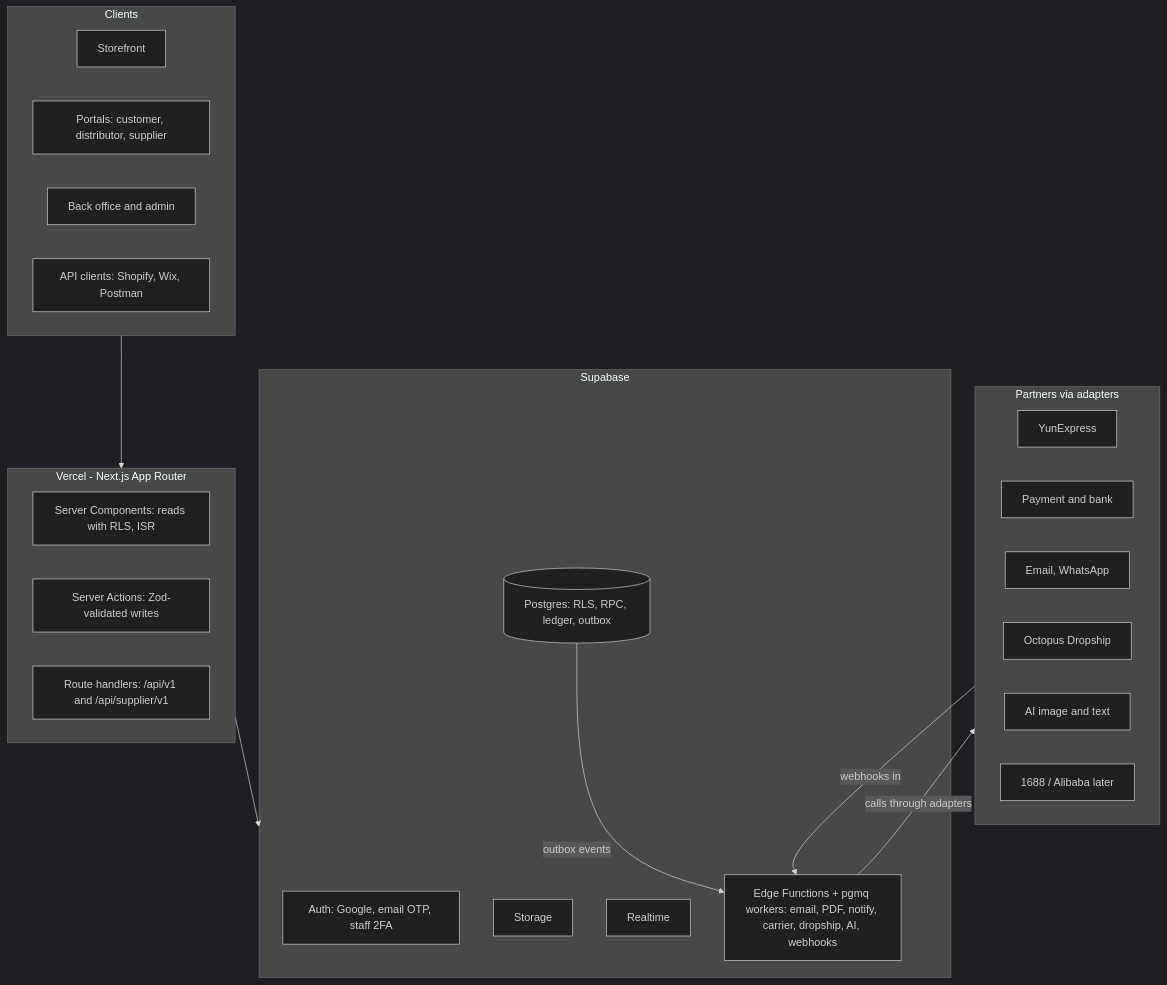
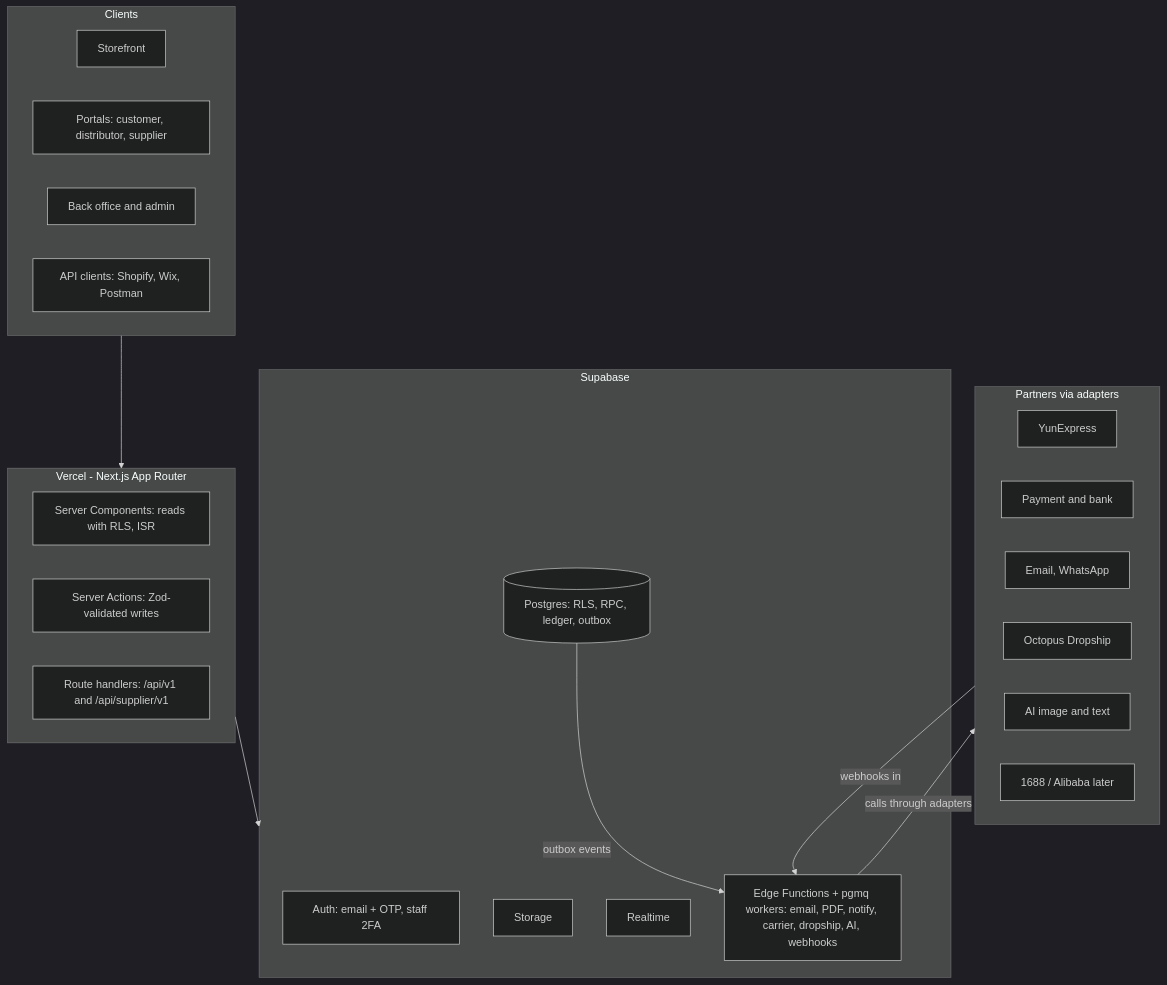
The first of 2 diagrams in docs/SPEC.md (ashifta1987/octopusb2b), drawn with Mermaid (dark theme) before and after one commit. The commit also changed other lines of this file and 8 other files, not shown here.

Commit message:
Auth: email-only sign-in — remove Google buttons from customer and staff login; SPEC amended

````diff
--- a/docs/SPEC.md
+++ b/docs/SPEC.md
@@ -97,20 +97,20 @@
 ```mermaid
 flowchart TB
   subgraph Clients
     SF[Storefront] ; PO[Portals: customer, distributor, supplier] ; BO[Back office and admin] ; API[API clients: Shopify, Wix, Postman]
   end
   subgraph Vercel["Vercel - Next.js App Router"]
     RSC[Server Components: reads with RLS, ISR] ; SA[Server Actions: Zod-validated writes] ; RH[Route handlers: /api/v1 and /api/supplier/v1]
   end
   subgraph Supabase
-    AUTH[Auth: Google, email OTP, staff 2FA] ; PG[(Postgres: RLS, RPC, ledger, outbox)] ; ST[Storage] ; RT[Realtime]
+    AUTH[Auth: email + OTP, staff 2FA] ; PG[(Postgres: RLS, RPC, ledger, outbox)] ; ST[Storage] ; RT[Realtime]
     EF[Edge Functions + pgmq workers: email, PDF, notify, carrier, dropship, AI, webhooks]
   end
   subgraph Partners["Partners via adapters"]
     YUN[YunExpress] ; PAY[Payment and bank] ; MAIL[Email, WhatsApp] ; DROP[Octopus Dropship] ; AI[AI image and text] ; SRC[1688 / Alibaba later]
   end
   Clients --> Vercel --> Supabase
   PG -- outbox events --> EF
   EF -- calls through adapters --> Partners
   Partners -- webhooks in --> EF
 ```
````
